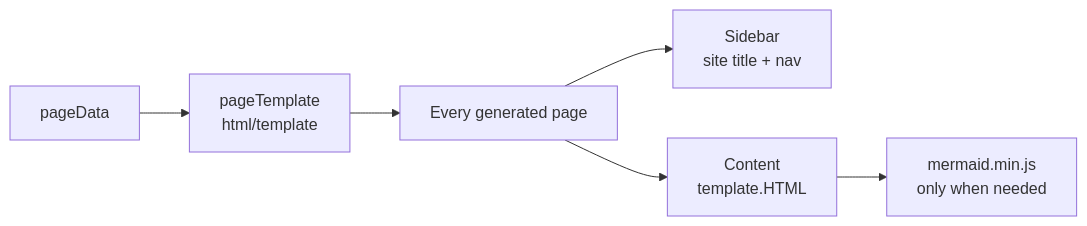
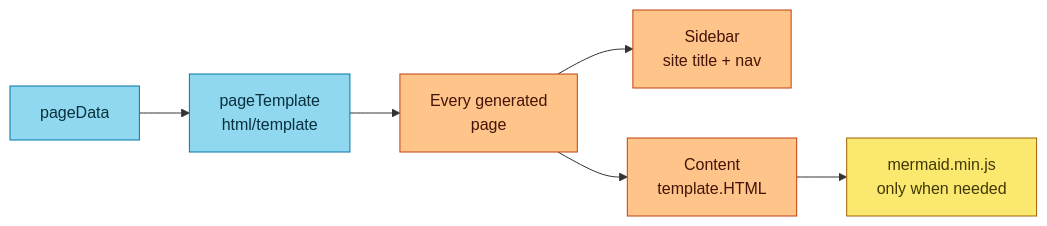
One commit to fordaj/barnacle changed the diagram in internal/barnacle/template.go.md. Above: the diagram before and after it, drawn with Mermaid. The commit also changed 23 other files, not shown here.

````diff
--- a/internal/barnacle/template.go.md
+++ b/internal/barnacle/template.go.md
@@ -3,11 +3,17 @@
 ```mermaid
 flowchart LR
     Data[pageData] --> Shell[pageTemplate<br/>html/template]
-    Shell --> Page[Every generated page]
+    Shell --> Page["Every generated<br/>page"]
     Page --> Aside[Sidebar<br/>site title + nav]
     Page --> Main[Content<br/>template.HTML]
-    Main --> Mermaid[mermaid.min.js<br/>only when needed]
+    Main --> Mermaid["mermaid.min.js<br/>only when needed"]
     click Data href "#pagedata"
     click Main href "render.go.md"
     click Aside href "nav.go.md"
+    class Data,Shell goFile
+    class Page,Aside,Main htmlFile
+    class Mermaid jsFile
+    classDef goFile fill:#8fd8ef,stroke:#0277a8,color:#08303d
+    classDef htmlFile fill:#ffc48a,stroke:#c2410c,color:#431407
+    classDef jsFile fill:#fbe86f,stroke:#a16207,color:#423806
 ```
````
